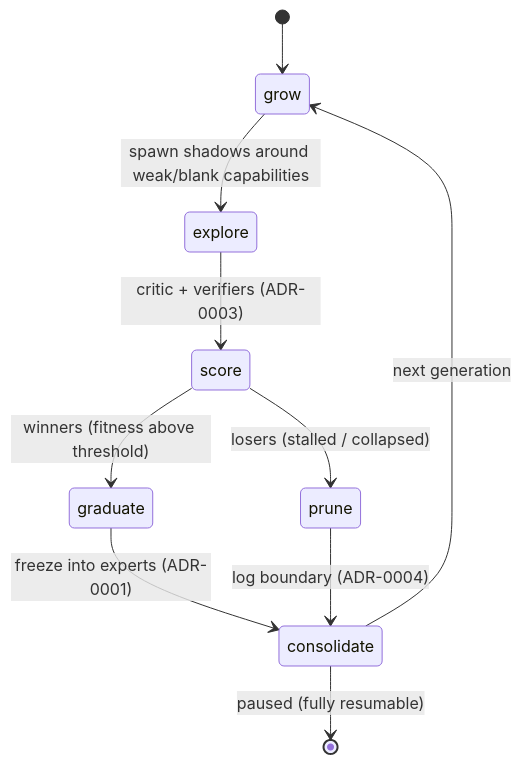
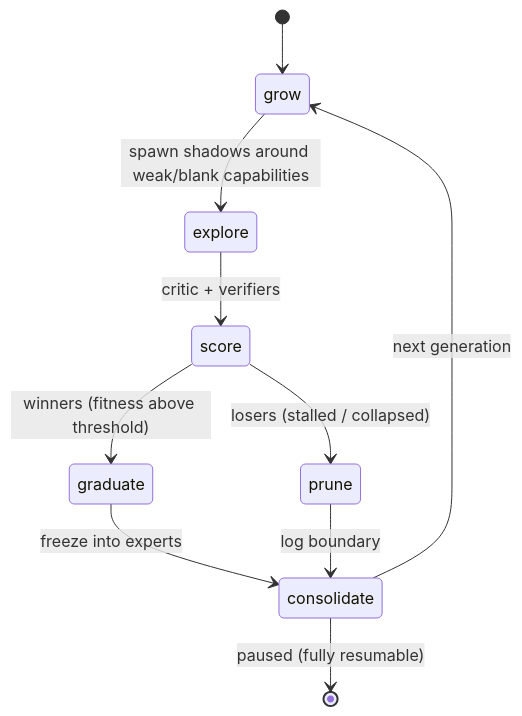
Diagram 14 of 15 in docs/diagrams.md (albedosehen/antumbra), drawn with Mermaid before and after one commit. The commit also changed other lines of this file and 93 other files, not shown here.

````diff
--- a/docs/diagrams.md
+++ b/docs/diagrams.md
@@ -302,12 +301,12 @@
 ```mermaid
 stateDiagram-v2
     [*] --> grow
     grow --> explore: spawn shadows around weak/blank capabilities
-    explore --> score: critic + verifiers (ADR-0003)
+    explore --> score: critic + verifiers
     score --> graduate: winners (fitness above threshold)
     score --> prune: losers (stalled / collapsed)
-    graduate --> consolidate: freeze into experts (ADR-0001)
-    prune --> consolidate: log boundary (ADR-0004)
+    graduate --> consolidate: freeze into experts
+    prune --> consolidate: log boundary
     consolidate --> grow: next generation
     consolidate --> [*]: paused (fully resumable)
 ```
````
